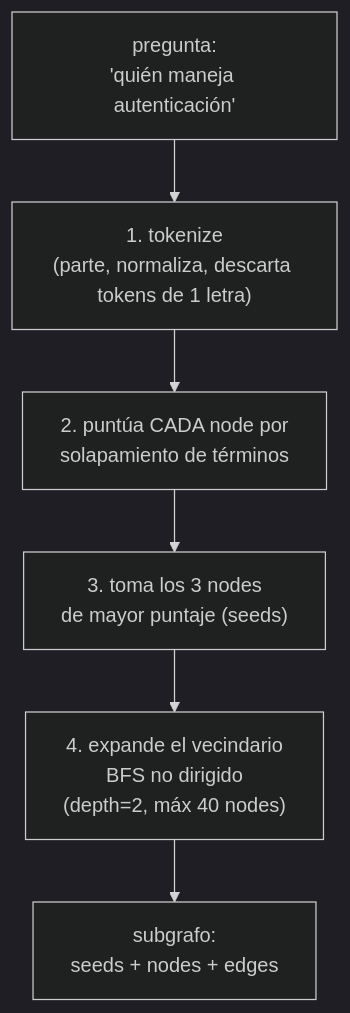
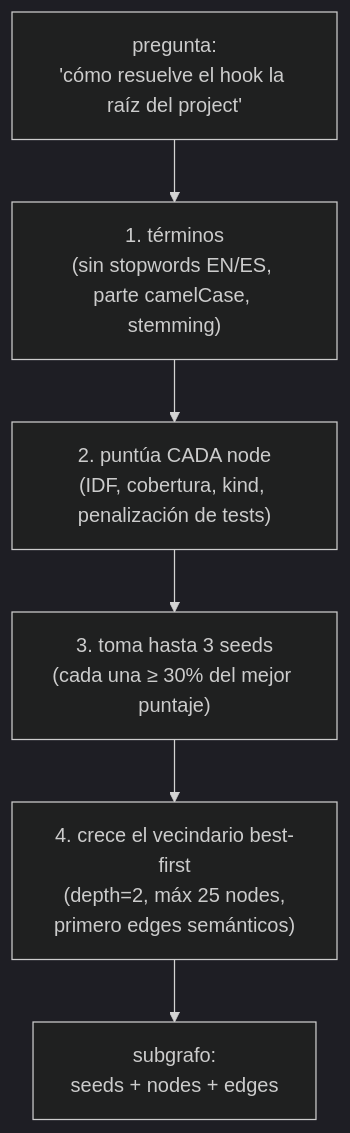
One commit to Kolimar/leina changed the first of 5 diagrams in docs/i18n/es/concepts/03-busqueda-y-consultas.md. Above: the diagram before and after it, drawn with Mermaid (dark theme). The commit also changed other lines of this file and 13 other files, not shown here.

````diff
--- a/docs/i18n/es/concepts/03-busqueda-y-consultas.md
+++ b/docs/i18n/es/concepts/03-busqueda-y-consultas.md
@@ -17,8 +17,8 @@
 ```mermaid
 flowchart TD
-    q["pregunta:<br/>'quién maneja autenticación'"] --> tok["1. tokenize<br/>(parte, normaliza, descarta tokens de 1 letra)"]
-    tok --> score["2. puntúa CADA node por<br/>solapamiento de términos"]
-    score --> seeds["3. toma los 3 nodes<br/>de mayor puntaje (seeds)"]
-    seeds --> expand["4. expande el vecindario<br/>BFS no dirigido<br/>(depth=2, máx 40 nodes)"]
+    q["pregunta:<br/>'cómo resuelve el hook la raíz del project'"] --> tok["1. términos<br/>(sin stopwords EN/ES, parte camelCase, stemming)"]
+    tok --> score["2. puntúa CADA node<br/>(IDF, cobertura, kind, penalización de tests)"]
+    score --> seeds["3. toma hasta 3 seeds<br/>(cada una ≥ 30% del mejor puntaje)"]
+    seeds --> expand["4. crece el vecindario best-first<br/>(depth=2, máx 25 nodes,<br/>primero edges semánticos)"]
     expand --> sub["subgrafo:<br/>seeds + nodes + edges"]
 ```
````
